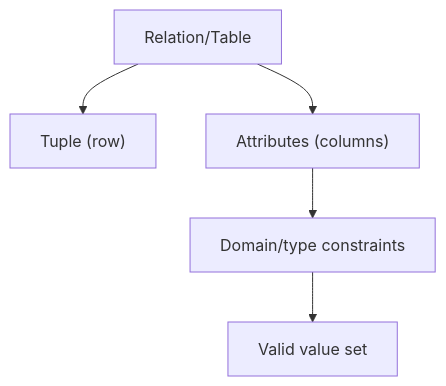
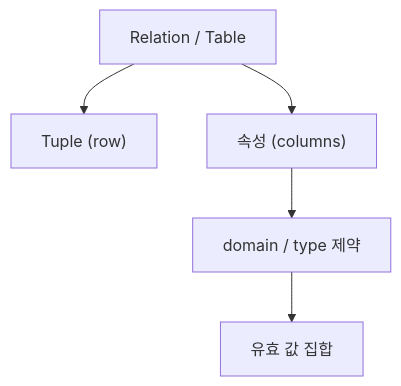
One commit to mandoobox/mandoobox.github.io changed diagram 11 of 54 in _posts/cs-note/2026-02-27-database.md. Above: the diagram before and after it, drawn with Mermaid. The commit also changed other lines of this file and 18 other files, not shown here.

````diff
--- a/_posts/cs-note/2026-02-27-database.md
+++ b/_posts/cs-note/2026-02-27-database.md
@@ -342,7 +340,7 @@
 ```mermaid
 flowchart TD
-  REL["Relation/Table"] --> TUP["Tuple (row)"]
-  REL --> ATTR["Attributes (columns)"]
-  ATTR --> DOM["Domain/type constraints"]
-  DOM --> VAL[Valid value set]
+  REL["Relation / Table"] --> TUP["Tuple (row)"]
+  REL --> ATTR["속성 (columns)"]
+  ATTR --> DOM["domain / type 제약"]
+  DOM --> VAL[유효 값 집합]
 ```
````
